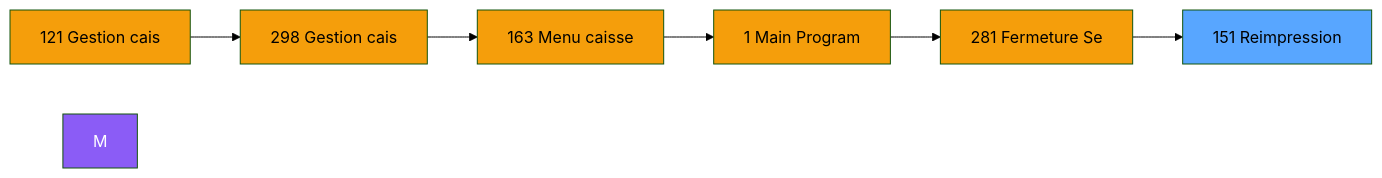
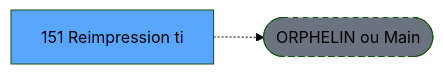
One commit to thonyAGP/lecteur-magic changed the second of 3 diagrams in .openspec/specs/ADH-IDE-151.md. Above: the diagram before and after it, drawn with Mermaid (forest theme). The commit also changed other lines of this file and 701 other files, not shown here.

````diff
--- a/.openspec/specs/ADH-IDE-151.md
+++ b/.openspec/specs/ADH-IDE-151.md
@@ -111,21 +118,8 @@
 ```mermaid
 graph LR
-    N121[121 Gestion cais]
-    N298[298 Gestion cais]
-    N163[163 Menu caisse ]
-    N1[1 Main Program]
-    N281[281 Fermeture Se]
-    T[151 Reimpression]
-    N121 --> N298
-    N298 --> N163
-    N163 --> N1
-    N1 --> N281
-    N281 --> T
-    style M fill:#8b5cf6,color:#fff
-    style N121 fill:#f59e0b
-    style N298 fill:#f59e0b
-    style N163 fill:#f59e0b
-    style N1 fill:#f59e0b
-    style N281 fill:#f59e0b
+    T[151 Reimpression ti]
+    ORPHAN([ORPHELIN ou Main])
+    T -.-> ORPHAN
     style T fill:#58a6ff,color:#000
+    style ORPHAN fill:#6b7280,stroke-dasharray: 5 5
 ```
````
